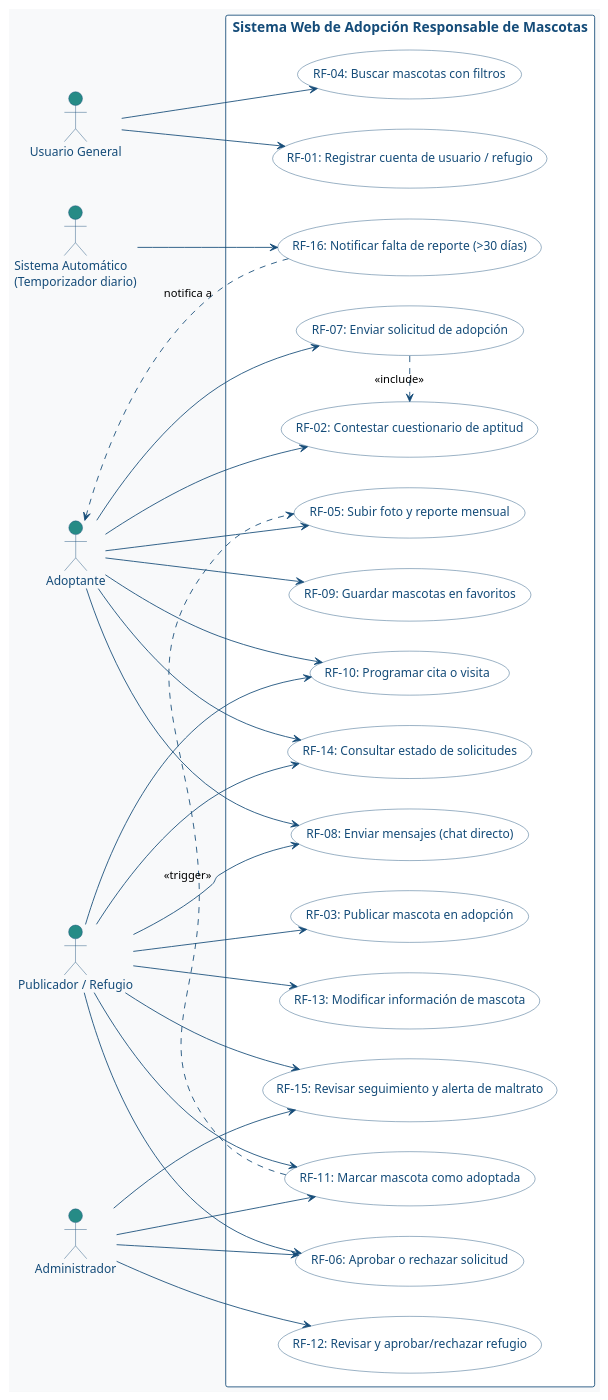
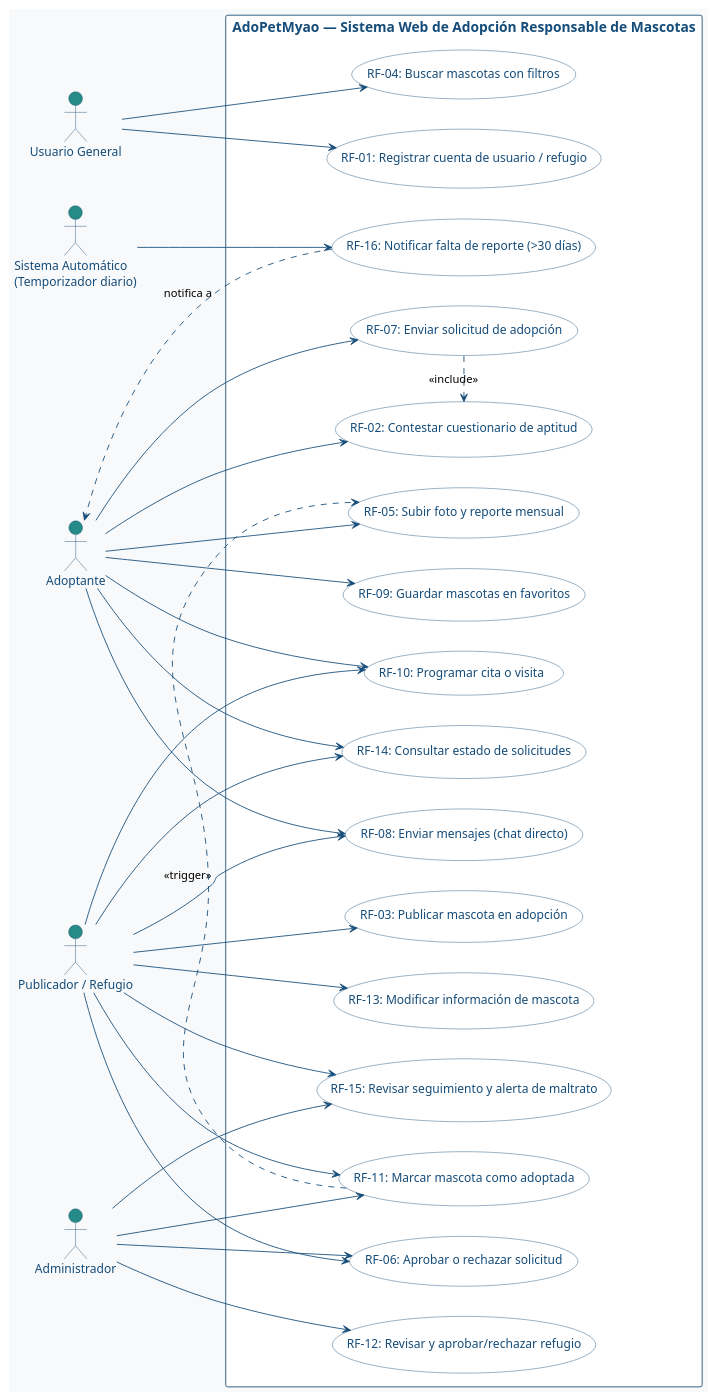
One commit to 1725110681Miguel/app_web_maoy changed the diagram in casos_de_uso.puml. Above: the diagram before and after it, drawn with PlantUML. The commit also changed 13 other files, not shown here.

```diff
--- a/casos_de_uso.puml
+++ b/casos_de_uso.puml
@@ -1,106 +1,106 @@
 @startuml Diagrama_Casos_de_Uso
 
 left to right direction
 
 ' ==============================================================================
 ' ESTILOS Y COLORES DEL PROYECTO
 ' ==============================================================================
 skinparam backgroundColor #F8F9FA
 skinparam rectangleBorderColor #154C79
 skinparam rectangleBackgroundColor #FFFFFF
 skinparam rectangleFontColor #154C79
 skinparam rectangleFontSize 16
 skinparam actorBorderColor #154C79
 skinparam actorBackgroundColor #268B86
 skinparam actorFontColor #154C79
 skinparam usecaseBorderColor #154C79
 skinparam usecaseBackgroundColor #FFFFFF
 skinparam usecaseFontColor #154C79
 skinparam arrowColor #154C79
 
 ' ==============================================================================
 ' ACTORES (Las personas a los lados del sistema)
 ' ==============================================================================
 ' A la izquierda: Usuarios que usan la plataforma día a día
 actor "Usuario General" as UG
 actor "Adoptante" as ADOP
 actor "Publicador / Refugio" as PUB
 
 ' A la derecha: Control y Automatización
 actor "Administrador" as ADM
 actor "Sistema Automático\n(Temporizador diario)" as SIS
 
 ' ==============================================================================
 ' EL RECTÁNGULO CENTRAL (Límite del Sistema / Aplicación Web)
 ' ==============================================================================
-rectangle "Sistema Web de Adopción Responsable de Mascotas" as SistemaWeb {
+rectangle "AdoPetMyao — Sistema Web de Adopción Responsable de Mascotas" as SistemaWeb {
 
     ' Cuentas y Acceso
     usecase "RF-01: Registrar cuenta de usuario / refugio" as RF01
     usecase "RF-12: Revisar y aprobar/rechazar refugio" as RF12
 
     ' Catálogo y Mascotas
     usecase "RF-03: Publicar mascota en adopción" as RF03
     usecase "RF-13: Modificar información de mascota" as RF13
     usecase "RF-04: Buscar mascotas con filtros" as RF04
     usecase "RF-09: Guardar mascotas en favoritos" as RF09
     usecase "RF-11: Marcar mascota como adoptada" as RF11
 
     ' Solicitudes y Adopción
     usecase "RF-02: Contestar cuestionario de aptitud" as RF02
     usecase "RF-07: Enviar solicitud de adopción" as RF07
     usecase "RF-14: Consultar estado de solicitudes" as RF14
     usecase "RF-06: Aprobar o rechazar solicitud" as RF06
     usecase "RF-10: Programar cita o visita" as RF10
 
     ' Comunicación
     usecase "RF-08: Enviar mensajes (chat directo)" as RF08
 
     ' Seguimiento Post-Adopción
     usecase "RF-05: Subir foto y reporte mensual" as RF05
     usecase "RF-15: Revisar seguimiento y alerta de maltrato" as RF15
     usecase "RF-16: Notificar falta de reporte (>30 días)" as RF16
 
     ' Relaciones internas entre óvalos
     RF07 .> RF02 : <<include>>
     RF11 .> RF05 : <<trigger>>
 }
 
 ' ==============================================================================
 ' CONEXIONES (Líneas entre las personas y los óvalos del rectángulo)
 ' ==============================================================================
 
 ' Usuario General
 UG --> RF01
 UG --> RF04
 
 ' Adoptante
 ADOP --> RF02
 ADOP --> RF07
 ADOP --> RF14
 ADOP --> RF09
 ADOP --> RF08
 ADOP --> RF10
 ADOP --> RF05
 
 ' Publicador / Refugio
 PUB --> RF03
 PUB --> RF13
 PUB --> RF06
 PUB --> RF14
 PUB --> RF10
 PUB --> RF11
 PUB --> RF08
 PUB --> RF15
 
 ' Administrador
 ADM --> RF12
 ADM --> RF06
 ADM --> RF11
 ADM --> RF15
 
 ' Sistema Automático
 SIS --> RF16
 RF16 ..> ADOP : notifica a
 
 @enduml
```
